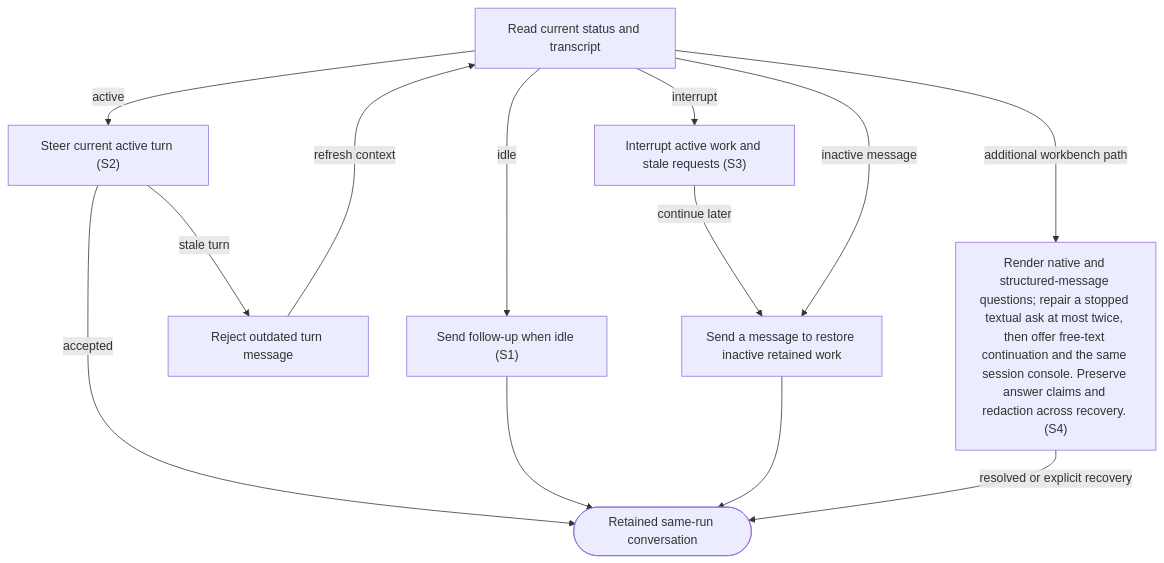
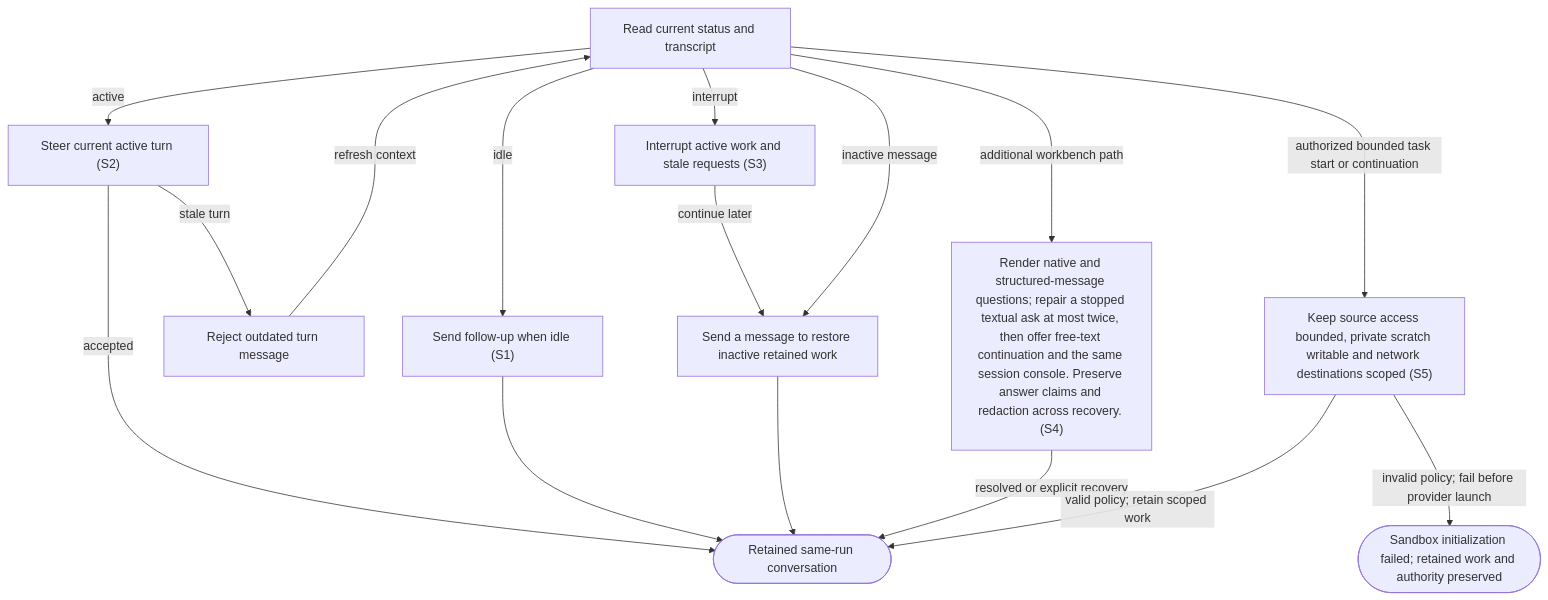
Before and after one commit to dk-code-factory/code-factory-plugin: the diagram in docs/user-flows/interact-agent.md, drawn with Mermaid. The commit also changed other lines of this file and 81 other files, not shown here.

````diff
--- a/docs/user-flows/interact-agent.md
+++ b/docs/user-flows/interact-agent.md
@@ -44,23 +46,28 @@
 ```mermaid
 flowchart TD
     N0["Read current status and transcript"]
     N1["Send follow-up when idle #40;S1#41;"]
     N2["Steer current active turn #40;S2#41;"]
     N3["Interrupt active work and stale requests #40;S3#41;"]
     N4["Reject outdated turn message"]
     N5["Send a message to restore inactive retained work"]
     N6(["Retained same-run conversation"])
     N7["Render native and structured-message questions#59; repair a stopped textual ask at most twice, then offer free-text continuation and the same session console. Preserve answer claims and redaction across recovery. #40;S4#41;"]
+    N8["Keep source access bounded, private scratch writable and network destinations scoped #40;S5#41;"]
+    N9(["Sandbox initialization failed#59; retained work and authority preserved"])
     N0 -->|"idle"| N1
     N0 -->|"active"| N2
     N0 -->|"interrupt"| N3
     N2 -->|"stale turn"| N4
     N4 -->|"refresh context"| N0
     N2 -->|"accepted"| N6
     N1 --> N6
     N3 -->|"continue later"| N5
     N5 --> N6
     N0 -->|"inactive message"| N5
     N0 -->|"additional workbench path"| N7
     N7 -->|"resolved or explicit recovery"| N6
+    N0 -->|"authorized bounded task start or continuation"| N8
+    N8 -->|"valid policy#59; retain scoped work"| N6
+    N8 -->|"invalid policy#59; fail before provider launch"| N9
 ```
````
